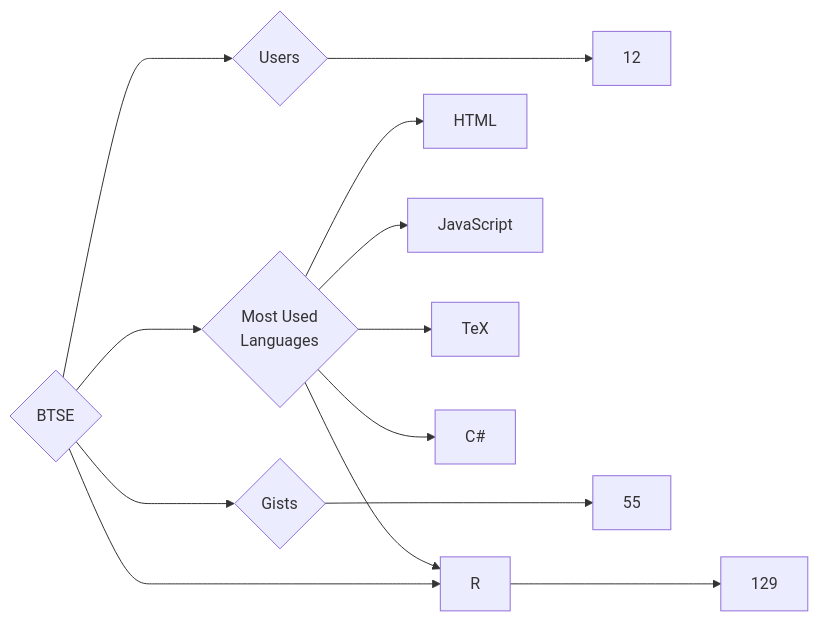
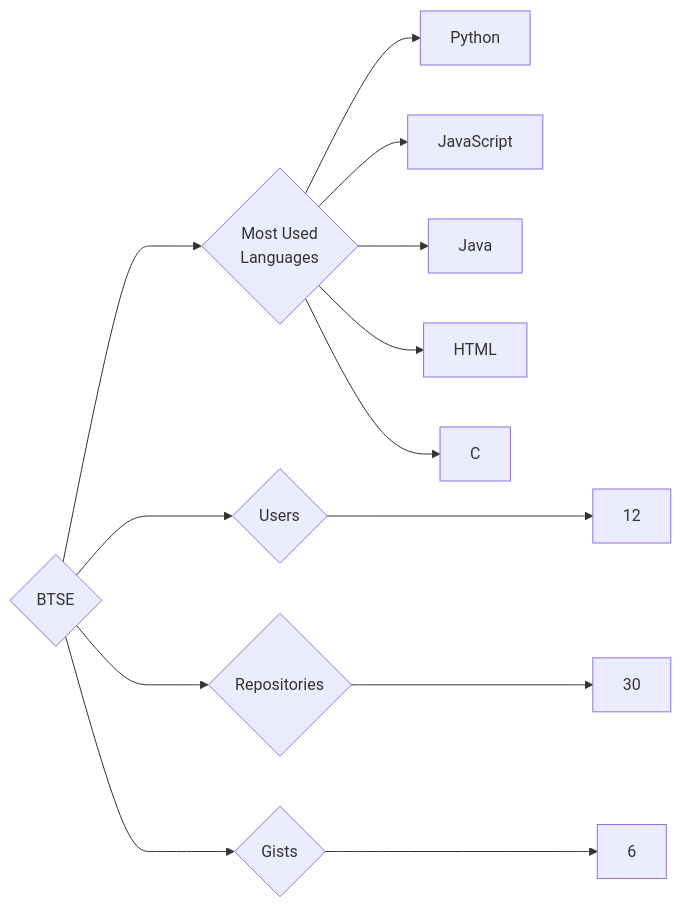
The diagram in targets/BTSE/README.md (trickest/insiders), drawn with Mermaid before and after one commit. The commit also changed 859 other files, not shown here.

````diff
--- a/targets/BTSE/README.md
+++ b/targets/BTSE/README.md
@@ -3,13 +3,13 @@
 ```mermaid
 graph LR
 COMPANY_NAME{BTSE}
 COMPANY_NAME ---> U{Users} ---> UN[12]
-COMPANY_NAME ---> R{Repositories} ---> RN[129]
-COMPANY_NAME ---> G{Gists} ---> GN[55]
+COMPANY_NAME ---> R{Repositories} ---> RN[30]
+COMPANY_NAME ---> G{Gists} ---> GN[6]
 COMPANY_NAME ---> ML{Most Used<br>Languages}
+ML --> Python[Python]
+ML --> JavaScript[JavaScript]
+ML --> Java[Java]
 ML --> HTML[HTML]
-ML --> JavaScript[JavaScript]
-ML --> R[R]
-ML --> TeX[TeX]
-ML --> C#[C#]
+ML --> C[C]
 ```
````
